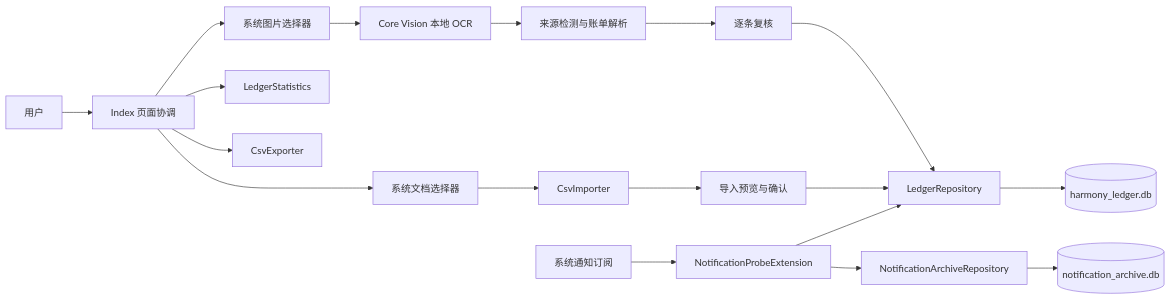
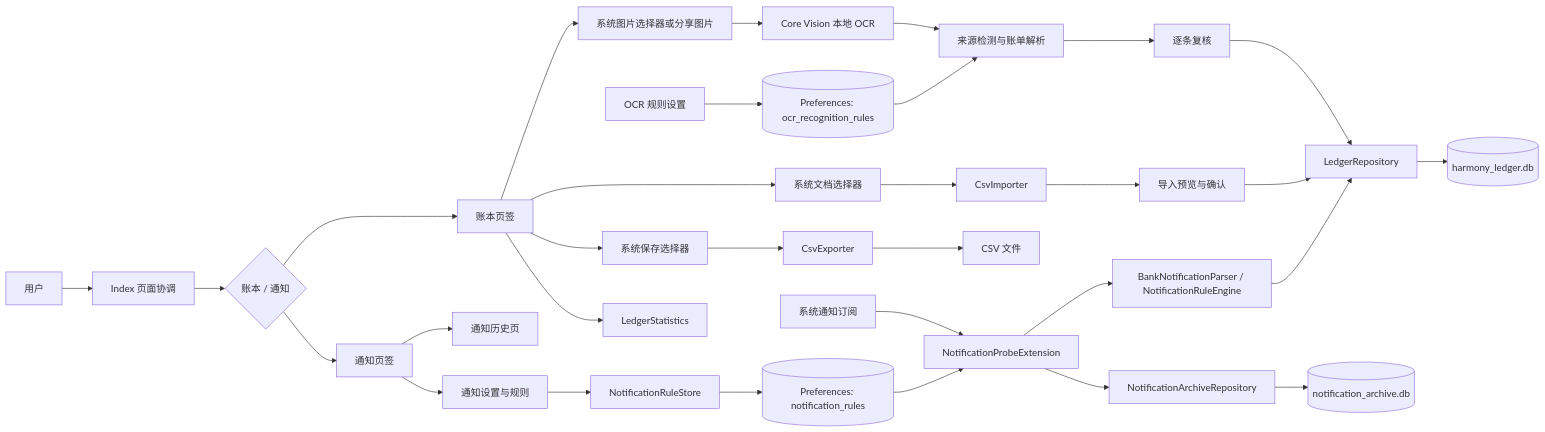
One commit to ShixmSimon/harmonyos-ledger changed the diagram in docs/architecture.md. Above: the diagram before and after it, drawn with Mermaid. The commit also changed other lines of this file and 2 other files, not shown here.

Commit message:
docs: 整理项目功能与架构文档

```diff
--- a/docs/architecture.md
+++ b/docs/architecture.md
@@ -18,20 +18,33 @@
 ~~~mermaid
 flowchart LR
   User[用户] --> Index[Index 页面协调]
-  Index --> Picker[系统图片选择器]
+  Index --> Nav{账本 / 通知}
+  Nav --> LedgerTab[账本页签]
+  Nav --> NotifyTab[通知页签]
+  LedgerTab --> Picker[系统图片选择器或分享图片]
   Picker --> OCR[Core Vision 本地 OCR]
-  OCR --> Parser[来源检测与账单解析]
-  Parser --> Review[逐条复核]
+  OCR --> OcrCoordinator[来源检测与账单解析]
+  OcrRules[OCR 规则设置] --> OcrPreferences[(Preferences: ocr_recognition_rules)]
+  OcrPreferences --> OcrCoordinator
+  OcrCoordinator --> Review[逐条复核]
   Review --> Ledger[LedgerRepository]
   Ledger --> LedgerDB[(harmony_ledger.db)]
-  Index --> CsvPicker[系统文档选择器]
-  CsvPicker --> CsvImport[CsvImporter]
+  LedgerTab --> ImportPicker[系统文档选择器]
+  ImportPicker --> CsvImport[CsvImporter]
   CsvImport --> CsvPreview[导入预览与确认]
   CsvPreview --> Ledger
-  Notify[系统通知订阅] --> Extension[NotificationProbeExtension]
+  LedgerTab --> ExportPicker[系统保存选择器]
+  ExportPicker --> CsvExport[CsvExporter]
+  CsvExport --> CsvFile[CSV 文件]
+  NotifyTab --> History[通知历史页]
+  NotifyTab --> NotifySettings[通知设置与规则]
+  NotifySettings --> NotifyRules[NotificationRuleStore]
+  NotifyRules --> NotifyPreferences[(Preferences: notification_rules)]
+  SystemNotify[系统通知订阅] --> Extension[NotificationProbeExtension]
   Extension --> Archive[NotificationArchiveRepository]
   Archive --> ArchiveDB[(notification_archive.db)]
-  Extension --> Ledger
-  Index --> Stats[LedgerStatistics]
-  Index --> CSV[CsvExporter]
+  NotifyPreferences --> Extension
+  Extension --> Parser[BankNotificationParser / NotificationRuleEngine]
+  Parser --> Ledger
+  LedgerTab --> Stats[LedgerStatistics]
 ~~~
```
